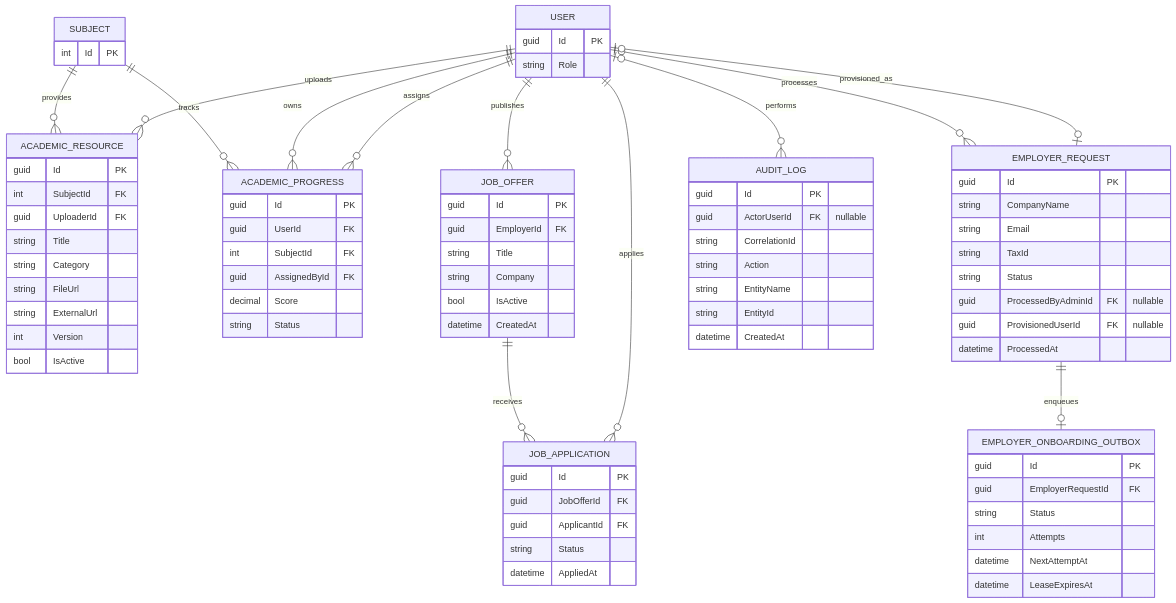
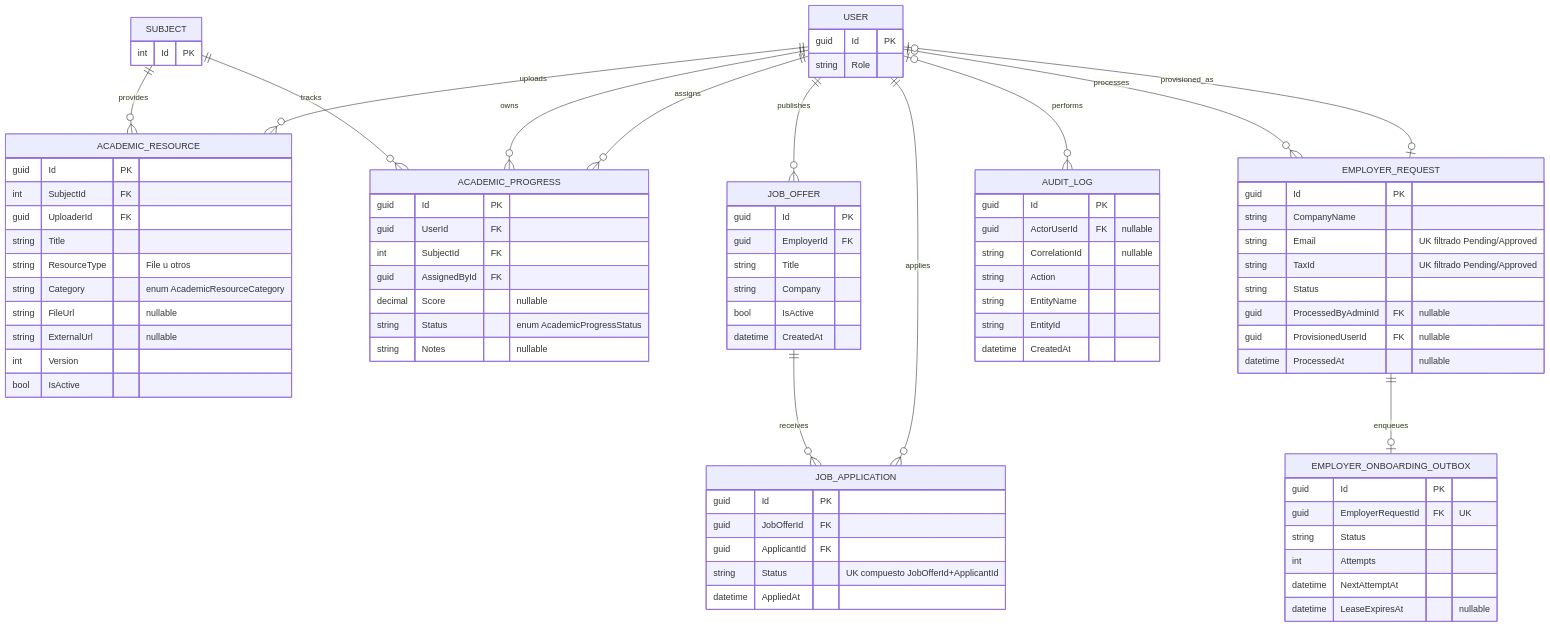
Before and after one commit to fagdiaz/OneITB: the fifth of 13 diagrams in docs/academic/04-design-diagrams.md, drawn with Mermaid. The commit also changed other lines of this file and 109 other files, not shown here.

```diff
--- a/docs/academic/04-design-diagrams.md
+++ b/docs/academic/04-design-diagrams.md
@@ -392,9 +431,10 @@
         int SubjectId FK
         guid UploaderId FK
         string Title
-        string Category
-        string FileUrl
-        string ExternalUrl
+        string ResourceType "File u otros"
+        string Category "enum AcademicResourceCategory"
+        string FileUrl "nullable"
+        string ExternalUrl "nullable"
         int Version
         bool IsActive
     }
@@ -403,8 +443,9 @@
         guid UserId FK
         int SubjectId FK
         guid AssignedById FK
-        decimal Score
-        string Status
+        decimal Score "nullable"
+        string Status "enum AcademicProgressStatus"
+        string Notes "nullable"
     }
     JOB_OFFER {
         guid Id PK
@@ -418,31 +459,31 @@
         guid Id PK
         guid JobOfferId FK
         guid ApplicantId FK
-        string Status
+        string Status "UK compuesto JobOfferId+ApplicantId"
         datetime AppliedAt
     }
     EMPLOYER_REQUEST {
         guid Id PK
         string CompanyName
-        string Email
-        string TaxId
+        string Email "UK filtrado Pending/Approved"
+        string TaxId "UK filtrado Pending/Approved"
         string Status
         guid ProcessedByAdminId FK "nullable"
         guid ProvisionedUserId FK "nullable"
-        datetime ProcessedAt
+        datetime ProcessedAt "nullable"
     }
     EMPLOYER_ONBOARDING_OUTBOX {
         guid Id PK
-        guid EmployerRequestId FK
+        guid EmployerRequestId FK "UK"
         string Status
         int Attempts
         datetime NextAttemptAt
-        datetime LeaseExpiresAt
+        datetime LeaseExpiresAt "nullable"
     }
     AUDIT_LOG {
         guid Id PK
         guid ActorUserId FK "nullable"
-        string CorrelationId
+        string CorrelationId "nullable"
         string Action
         string EntityName
         string EntityId
```
